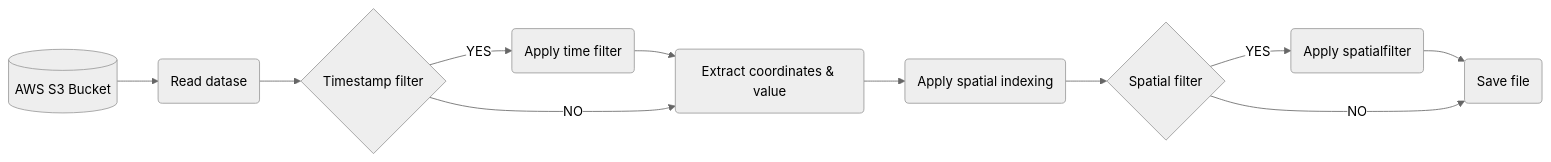
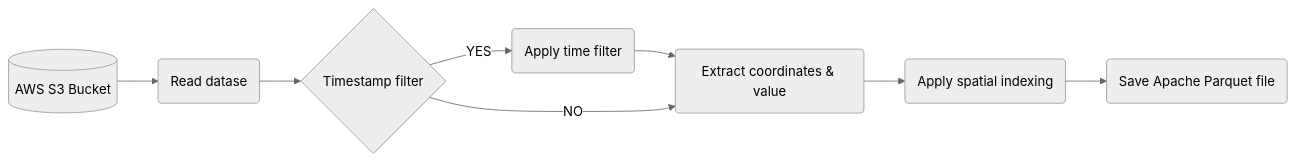
Before and after one commit to behzad89/netcdf_to_parquet: the diagram in README.md, drawn with Mermaid (neutral theme). The commit also changed other lines of this file and 1 other file, not shown here.

Commit message:
[Update] Updated script and README

````diff
--- a/README.md
+++ b/README.md
@@ -5,13 +5,10 @@
 ```mermaid
 graph LR
 id1[(AWS S3 Bucket)] --> B(Read datase)
 B --> C{Timestamp filter}
 C --YES--> D(Apply time filter)
 D --> E(Apply time filter)
 C --NO--> E(Extract coordinates & value)
 E --> F(Apply spatial indexing)
-F --> G{Spatial filter}
-G --YES--> H(Apply spatialfilter)
-H --> J(Save Apache Parquet file)
-G --NO--> J(Save file)
+F --> J(Save Apache Parquet file)
 ```
````
